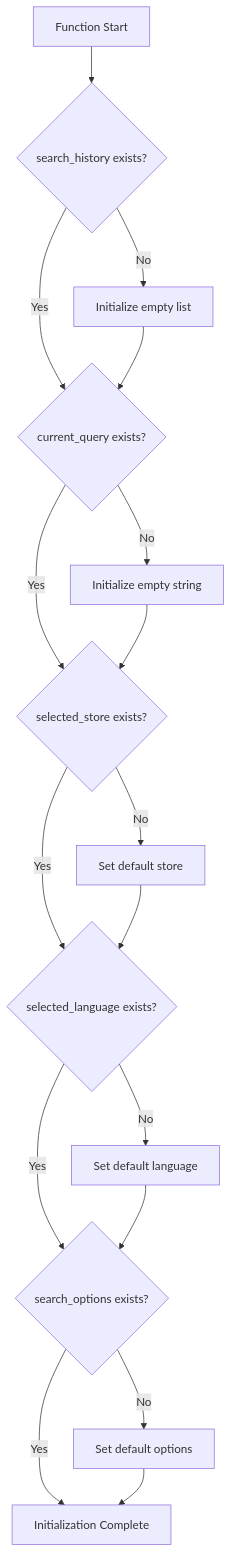
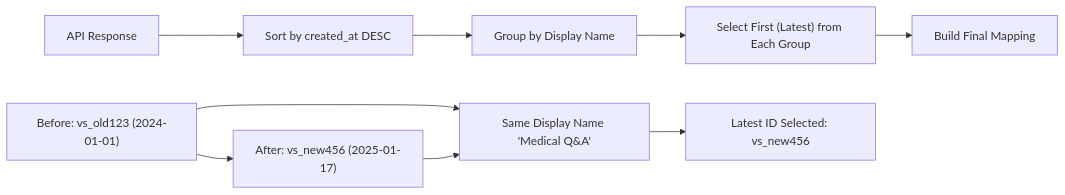
One commit to nakashima2toshio/openai_rag_app changed diagram 13 of 15 in doc/a30_30_rag_search.md. Above: the diagram before and after it, drawn with Mermaid. The commit also changed other lines of this file, not shown here.

````diff
--- a/doc/a30_30_rag_search.md
+++ b/doc/a30_30_rag_search.md
@@ -543,19 +623,12 @@
 ```mermaid
-graph TD
-    A["Function Start"] --> B{"search_history exists?"}
-    B -->|No| C["Initialize empty list"]
-    B -->|Yes| D{"current_query exists?"}
-    C --> D
-    D -->|No| E["Initialize empty string"]
-    D -->|Yes| F{"selected_store exists?"}
-    E --> F
-    F -->|No| G["Set default store"]
-    F -->|Yes| H{"selected_language exists?"}
+graph LR
+    A["API Response"] --> B["Sort by created_at DESC"]
+    B --> C["Group by Display Name"]
+    C --> D["Select First (Latest) from Each Group"]
+    D --> E["Build Final Mapping"]
+
+    F["Before: vs_old123 (2024-01-01)"] --> G["After: vs_new456 (2025-01-17)"]
+    F --> H["Same Display Name 'Medical Q&A'"]
     G --> H
-    H -->|No| I["Set default language"]
-    H -->|Yes| J{"search_options exists?"}
-    I --> J
-    J -->|No| K["Set default options"]
-    J -->|Yes| L["Initialization Complete"]
-    K --> L
+    H --> I["Latest ID Selected: vs_new456"]
 ```
````
